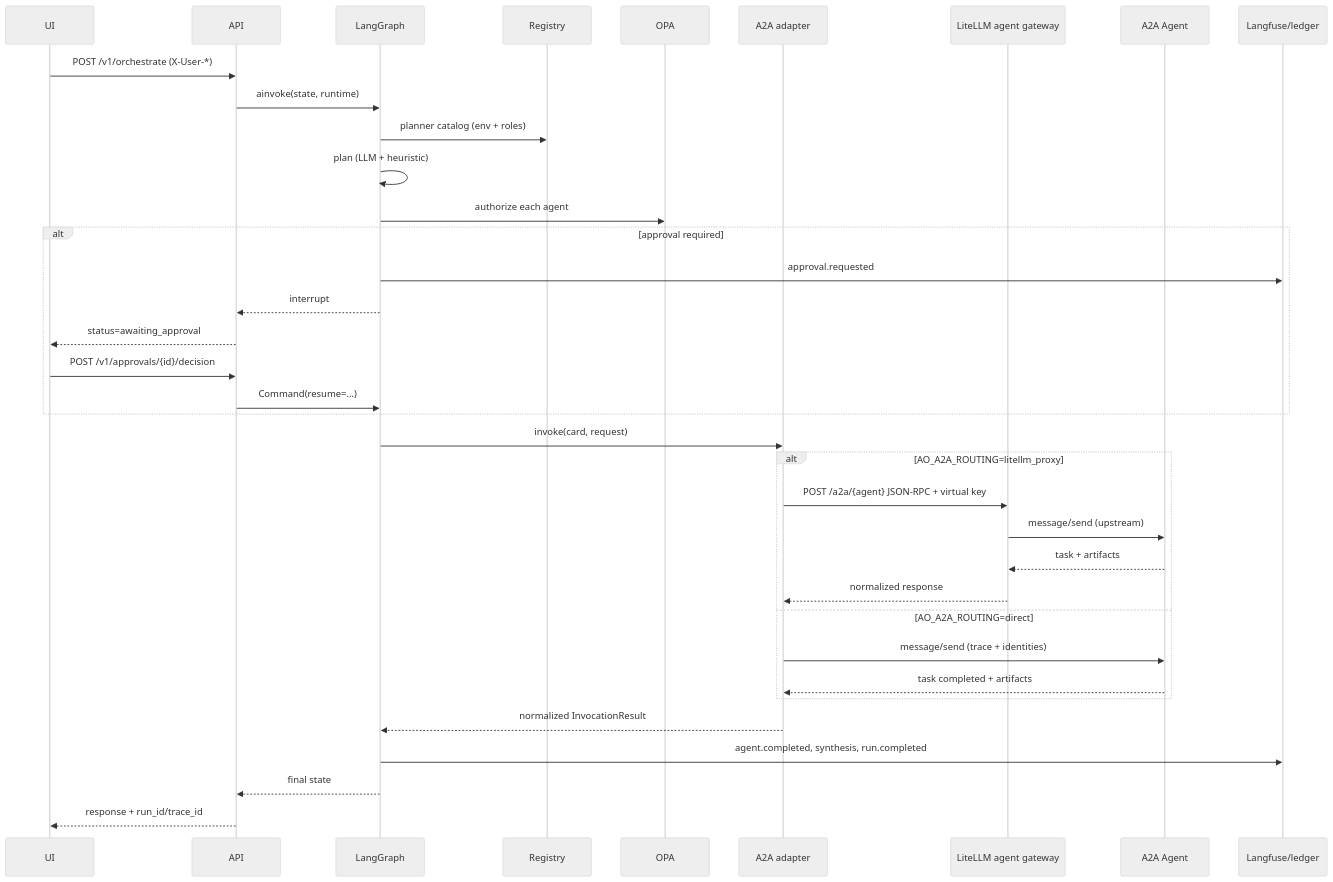
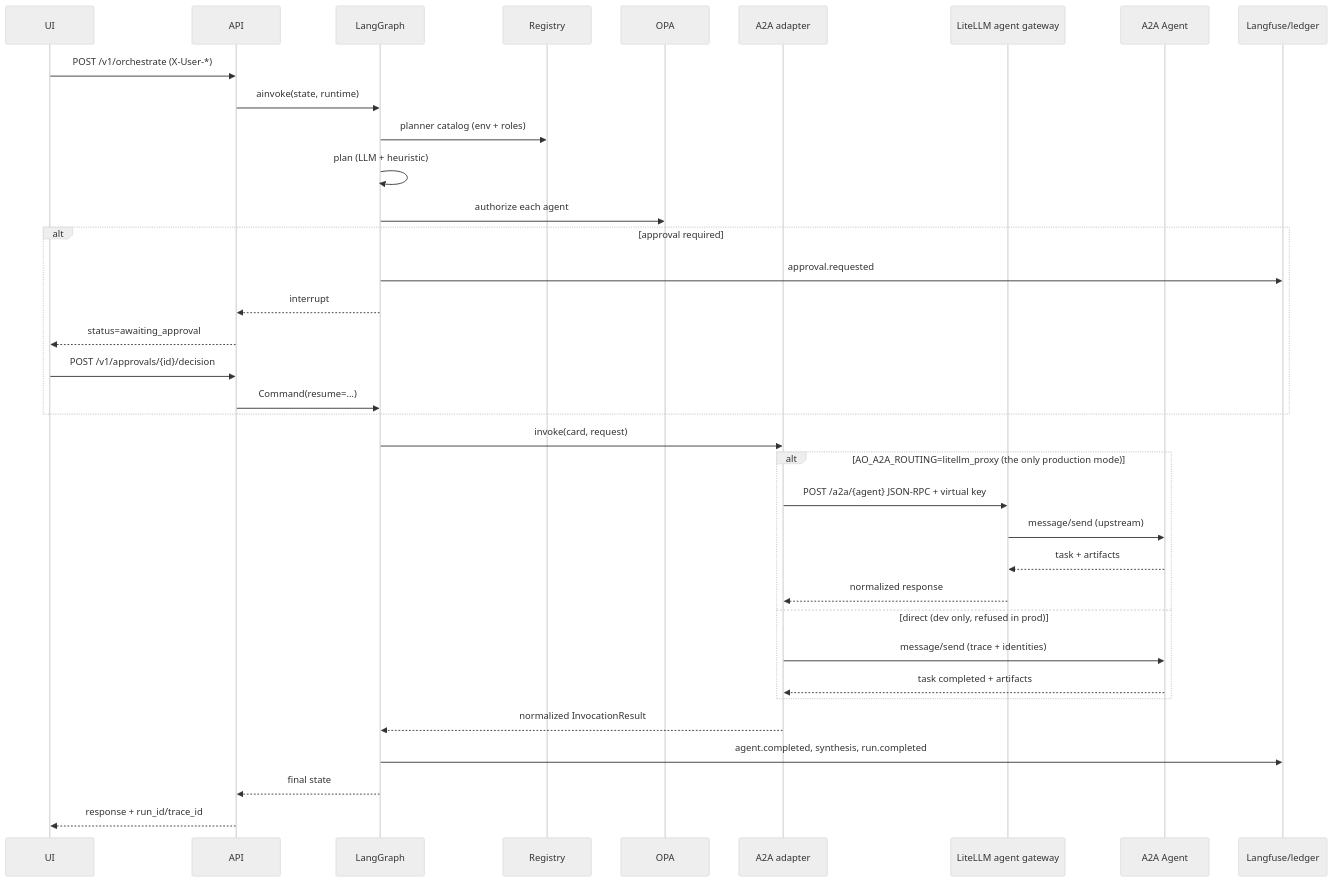
Before and after one commit to ranganadh8599/Alstom_AO: the diagram in docs/architecture.md, drawn with Mermaid (neutral theme). The commit also changed 19 other files, not shown here.

````diff
--- a/docs/architecture.md
+++ b/docs/architecture.md
@@ -20,39 +20,39 @@
 ```mermaid
 sequenceDiagram
     participant UI
     participant API
     participant G as LangGraph
     participant R as Registry
     participant O as OPA
     participant X as A2A adapter
     participant W as LiteLLM agent gateway
     participant A as A2A Agent
     participant L as Langfuse/ledger
 
     UI->>API: POST /v1/orchestrate (X-User-*)
     API->>G: ainvoke(state, runtime)
     G->>R: planner catalog (env + roles)
     G->>G: plan (LLM + heuristic)
     G->>O: authorize each agent
     alt approval required
         G->>L: approval.requested
         G-->>API: interrupt
         API-->>UI: status=awaiting_approval
         UI->>API: POST /v1/approvals/{id}/decision
         API->>G: Command(resume=…)
     end
     G->>X: invoke(card, request)
-    alt AO_A2A_ROUTING=litellm_proxy
+    alt AO_A2A_ROUTING=litellm_proxy (the only production mode)
         X->>W: POST /a2a/{agent} JSON-RPC + virtual key
         W->>A: message/send (upstream)
         A-->>W: task + artifacts
         W-->>X: normalized response
-    else AO_A2A_ROUTING=direct
+    else direct (dev only, refused in prod)
         X->>A: message/send (trace + identities)
         A-->>X: task completed + artifacts
     end
     X-->>G: normalized InvocationResult
     G->>L: agent.completed, synthesis, run.completed
     G-->>API: final state
     API-->>UI: response + run_id/trace_id
 ```
````
